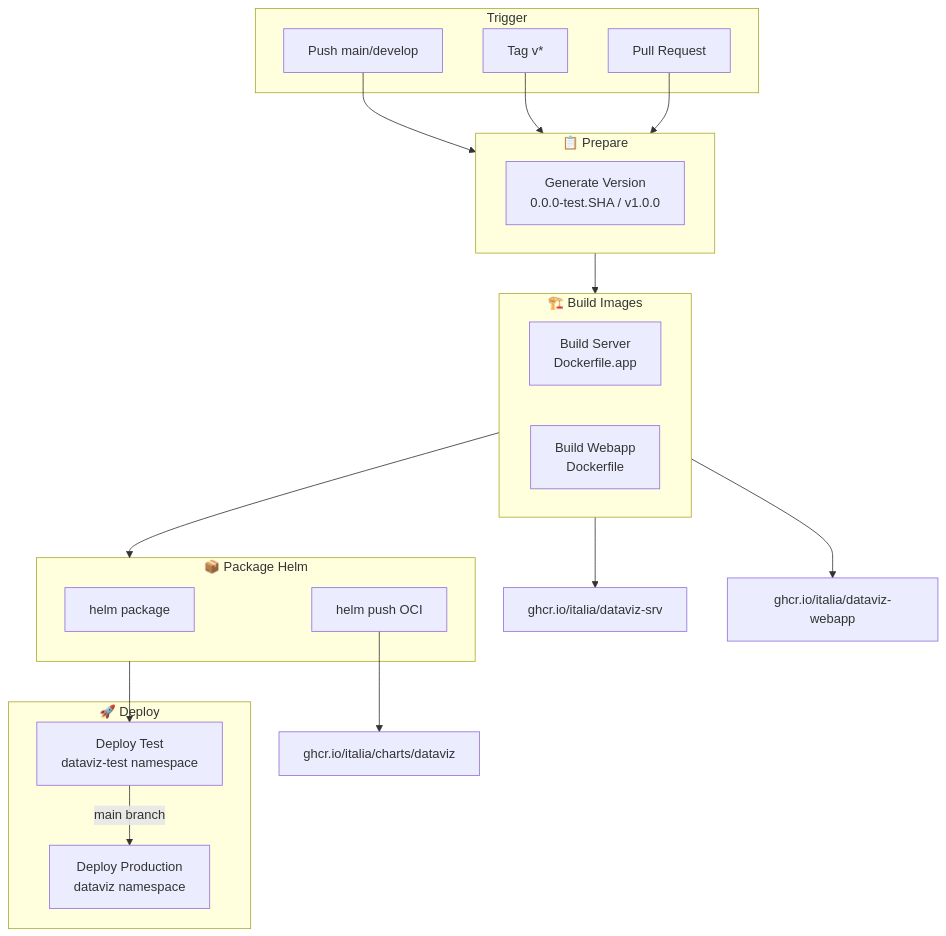
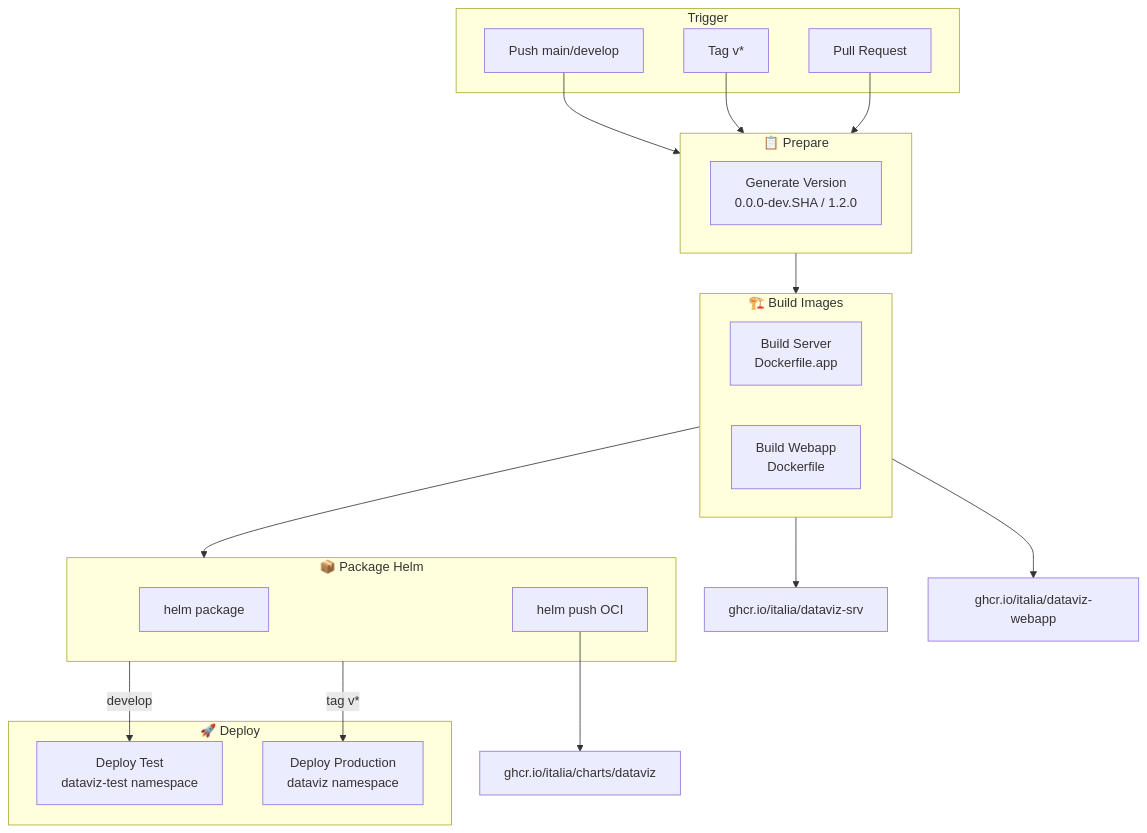
Before and after one commit to italia/graph-italia: diagram 12 of 15 in README.md, drawn with Mermaid. The commit also changed other lines of this file, not shown here.

First line of the commit message:
docs: update GitFlow to reflect tag-based production deployments

````diff
--- a/README.md
+++ b/README.md
@@ -919,42 +929,42 @@
 ```mermaid
 flowchart TB
     subgraph Trigger
         Push[Push main/develop]
         Tag[Tag v*]
         PR[Pull Request]
     end
 
     subgraph Prepare["📋 Prepare"]
-        Version[Generate Version<br/>0.0.0-test.SHA / v1.0.0]
+        Version[Generate Version<br/>0.0.0-dev.SHA / 1.2.0]
     end
 
     subgraph Build["🏗️ Build Images"]
         direction LR
         BuildServer[Build Server<br/>Dockerfile.app]
         BuildWebapp[Build Webapp<br/>Dockerfile]
     end
 
     subgraph Package["📦 Package Helm"]
         HelmPkg[helm package]
         HelmPush[helm push OCI]
     end
 
     subgraph Deploy["🚀 Deploy"]
         DeployTest[Deploy Test<br/>dataviz-test namespace]
         DeployProd[Deploy Production<br/>dataviz namespace]
     end
 
     Push --> Prepare
     Tag --> Prepare
     PR --> Prepare
 
     Prepare --> Build
     Build --> Package
 
-    Package --> DeployTest
-    DeployTest -->|main branch| DeployProd
+    Package -->|develop| DeployTest
+    Package -->|tag v*| DeployProd
 
     BuildServer --> GHCR1[ghcr.io/italia/dataviz-srv]
     BuildWebapp --> GHCR2[ghcr.io/italia/dataviz-webapp]
     HelmPush --> GHCR3[ghcr.io/italia/charts/dataviz]
 ```
````
